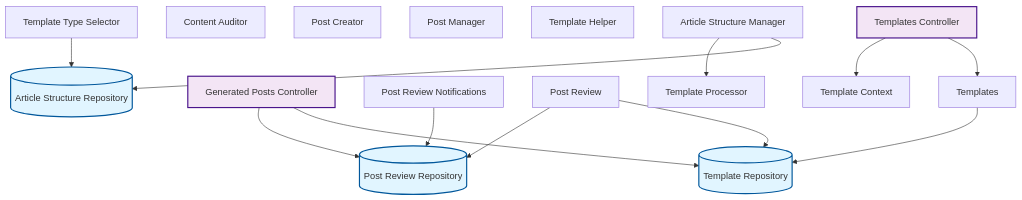
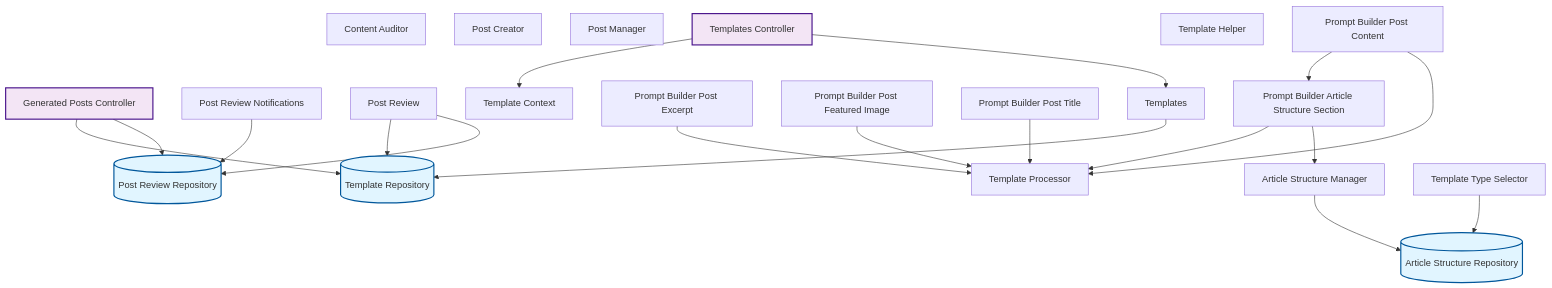
Before and after one commit to rpnunez/wp-ai-scheduler: the fourth of 10 diagrams in docs/feature-report.md, drawn with Mermaid. The commit also changed other lines of this file and 3 other files, not shown here.

````diff
--- a/docs/feature-report.md
+++ b/docs/feature-report.md
@@ -188,39 +200,50 @@
 ```mermaid
 flowchart TD
     %% Content Management Architecture
 
     Article_Structure_Manager["Article Structure Manager"]
     Article_Structure_Repository[("Article Structure Repository")]
     Content_Auditor["Content Auditor"]
     Generated_Posts_Controller["Generated Posts Controller"]
     Post_Creator["Post Creator"]
     Post_Manager["Post Manager"]
     Post_Review_Notifications["Post Review Notifications"]
     Post_Review_Repository[("Post Review Repository")]
     Post_Review["Post Review"]
+    Prompt_Builder_Article_Structure_Section["Prompt Builder Article Structure Section"]
+    Prompt_Builder_Post_Content["Prompt Builder Post Content"]
+    Prompt_Builder_Post_Excerpt["Prompt Builder Post Excerpt"]
+    Prompt_Builder_Post_Featured_Image["Prompt Builder Post Featured Image"]
+    Prompt_Builder_Post_Title["Prompt Builder Post Title"]
     Template_Context["Template Context"]
     Template_Helper["Template Helper"]
     Template_Processor["Template Processor"]
     Template_Repository[("Template Repository")]
     Template_Type_Selector["Template Type Selector"]
     Templates_Controller["Templates Controller"]
     Templates["Templates"]
 
-    Article_Structure_Manager --> Template_Processor
     Article_Structure_Manager --> Article_Structure_Repository
     Generated_Posts_Controller --> Post_Review_Repository
     Generated_Posts_Controller --> Template_Repository
     Post_Review_Notifications --> Post_Review_Repository
     Post_Review --> Post_Review_Repository
     Post_Review --> Template_Repository
+    Prompt_Builder_Article_Structure_Section --> Article_Structure_Manager
+    Prompt_Builder_Article_Structure_Section --> Template_Processor
+    Prompt_Builder_Post_Content --> Template_Processor
+    Prompt_Builder_Post_Content --> Prompt_Builder_Article_Structure_Section
+    Prompt_Builder_Post_Excerpt --> Template_Processor
+    Prompt_Builder_Post_Featured_Image --> Template_Processor
+    Prompt_Builder_Post_Title --> Template_Processor
     Template_Type_Selector --> Article_Structure_Repository
+    Templates_Controller --> Templates
     Templates_Controller --> Template_Context
-    Templates_Controller --> Templates
     Templates --> Template_Repository
 
     classDef repository fill:#e1f5ff,stroke:#01579b,stroke-width:2px
     classDef service fill:#fff3e0,stroke:#e65100,stroke-width:2px
     classDef controller fill:#f3e5f5,stroke:#4a148c,stroke-width:2px
     class Article_Structure_Repository,Post_Review_Repository,Template_Repository repository
     class Generated_Posts_Controller,Templates_Controller controller
 ```
````
